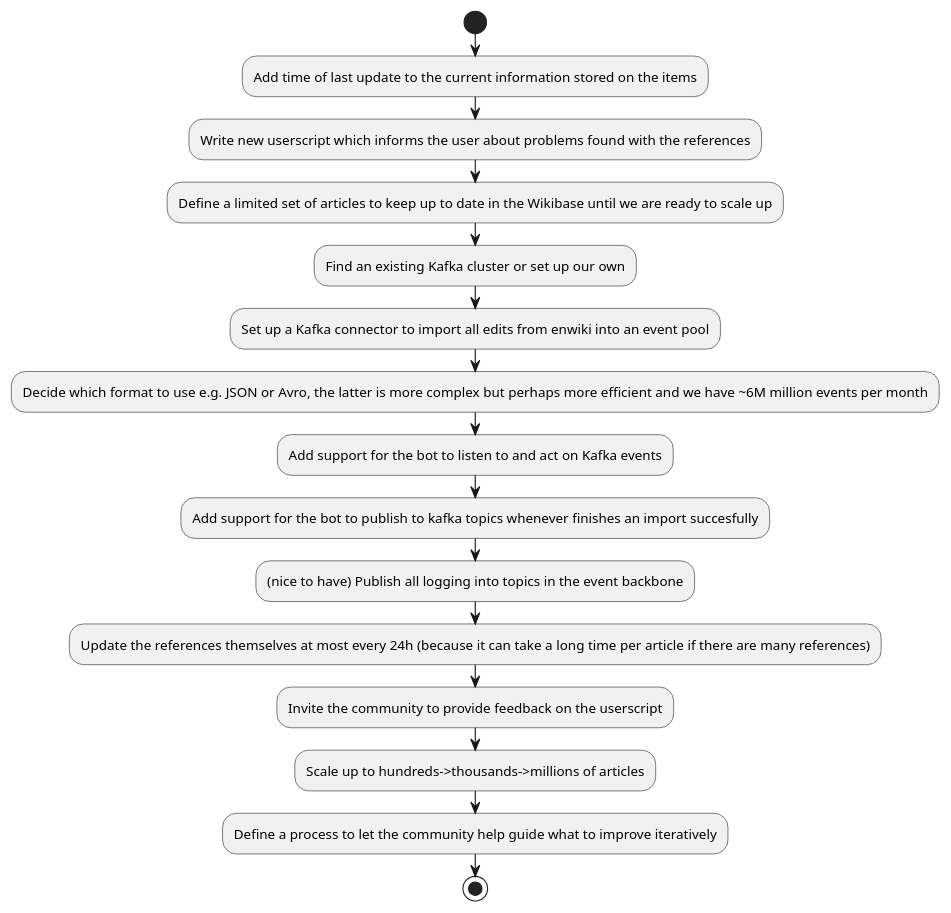
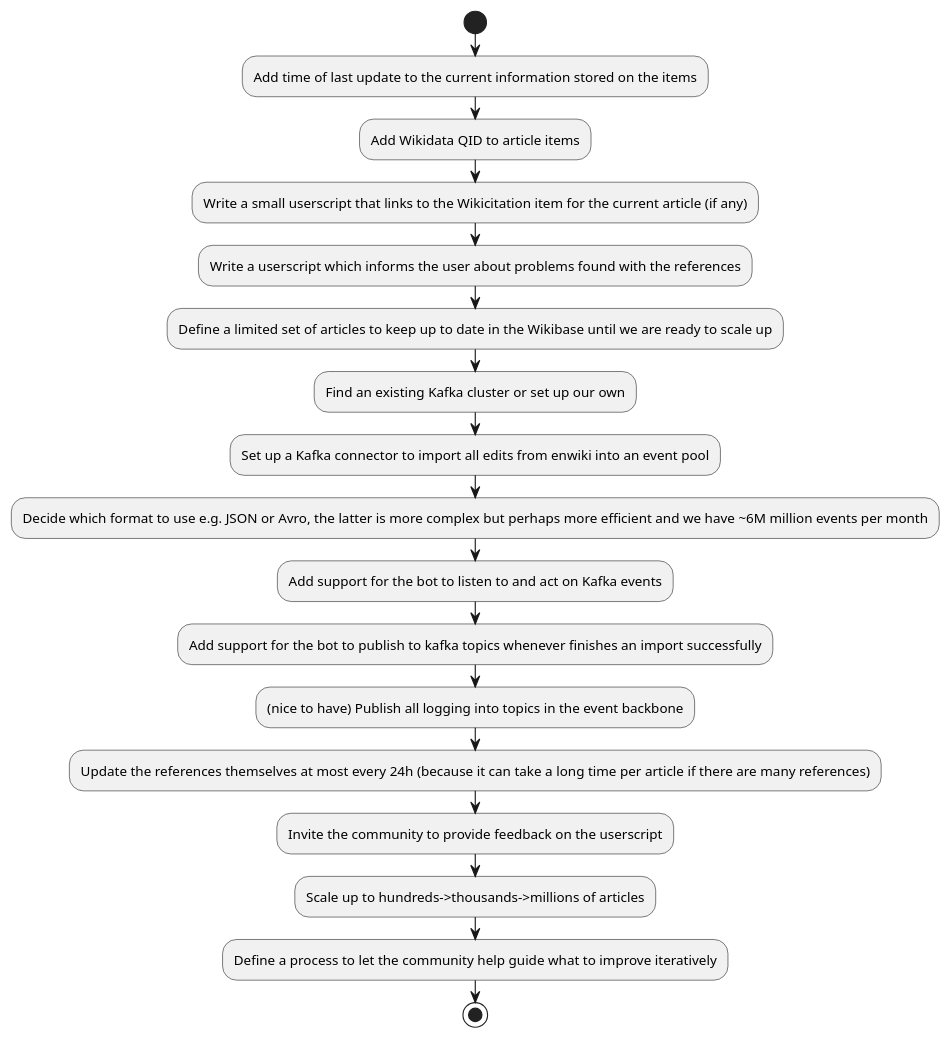
The diagram in diagrams/roadmap.puml (internetarchive/iari), drawn with PlantUML before and after one commit.

Commit message:
roadmap.puml: Update further with ideas and fix spelling

```diff
--- a/diagrams/roadmap.puml
+++ b/diagrams/roadmap.puml
@@ -1,20 +1,22 @@
 @startuml
 'https://plantuml.com/activity-diagram-beta
 
 start
 :Add time of last update to the current information stored on the items;
-:Write new userscript which informs the user about problems found with the references;
+:Add Wikidata QID to article items;
+:Write a small userscript that links to the Wikicitation item for the current article (if any);
+:Write a userscript which informs the user about problems found with the references;
 :Define a limited set of articles to keep up to date in the Wikibase until we are ready to scale up;
 :Find an existing Kafka cluster or set up our own;
 :Set up a Kafka connector to import all edits from enwiki into an event pool;
 :Decide which format to use e.g. JSON or Avro, the latter is more complex but perhaps more efficient and we have ~6M million events per month;
 :Add support for the bot to listen to and act on Kafka events;
-:Add support for the bot to publish to kafka topics whenever finishes an import succesfully;
+:Add support for the bot to publish to kafka topics whenever finishes an import successfully;
 :(nice to have) Publish all logging into topics in the event backbone;
 :Update the references themselves at most every 24h (because it can take a long time per article if there are many references);
 :Invite the community to provide feedback on the userscript;
 :Scale up to hundreds->thousands->millions of articles;
 :Define a process to let the community help guide what to improve iteratively;
 stop
 
 @enduml
```
